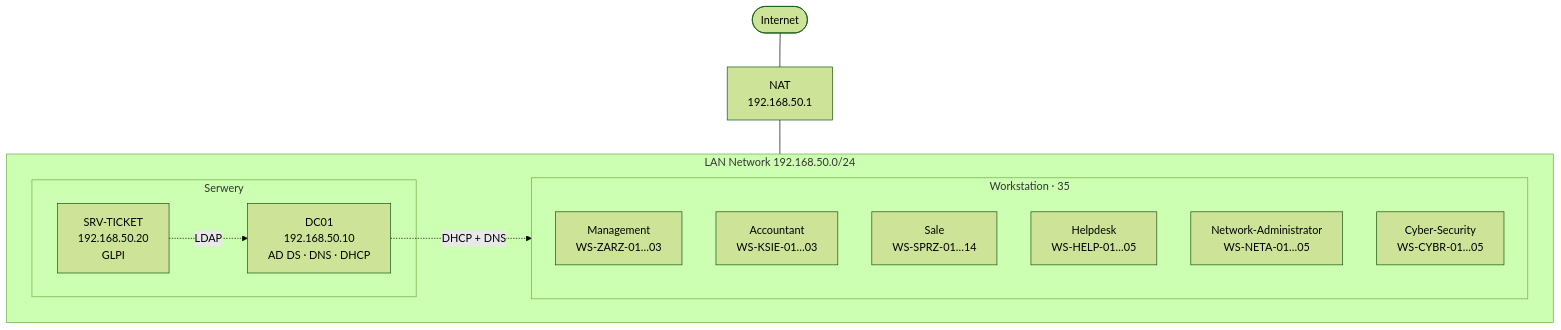
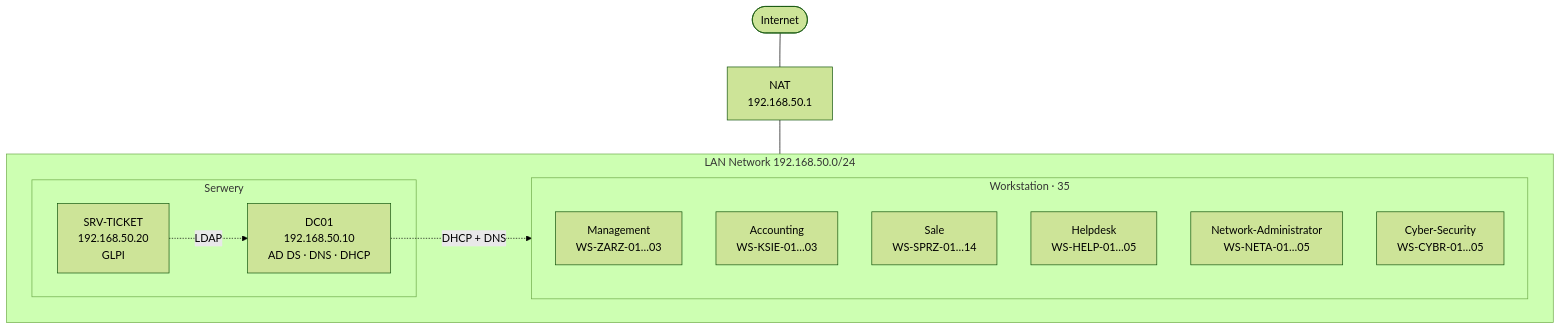
The diagram in README.md (marwat98/NismoNET-LAB), drawn with Mermaid (forest theme) before and after one commit.

Commit message:
Update 'Accountant' to 'Accounting' in README

````diff
--- a/README.md
+++ b/README.md
@@ -11,25 +11,25 @@
 ```mermaid
 flowchart TB
     NET([Internet])
     GW[NAT<br/>192.168.50.1]
     NET --- GW
 
     subgraph LAN [LAN Network 192.168.50.0/24]
         subgraph SRV [Serwery]
             DC01[DC01<br/>192.168.50.10<br/>AD DS · DNS · DHCP]
             TICKET[SRV-TICKET<br/>192.168.50.20<br/>GLPI]
         end
         subgraph WS [Workstation · 35]
             ZARZ[Management<br/>WS-ZARZ-01…03]
-            KSIE[Accountant<br/>WS-KSIE-01…03]
+            KSIE[Accounting<br/>WS-KSIE-01…03]
             SPRZ[Sale<br/>WS-SPRZ-01…14]
             HELP[Helpdesk<br/>WS-HELP-01…05]
             NETA[Network-Administrator<br/>WS-NETA-01…05]
             CYBR[Cyber-Security<br/>WS-CYBR-01…05]
         end
     end
 
     GW --- LAN
     DC01 -. DHCP + DNS .-> WS
     TICKET -. LDAP .-> DC01
 ```
````
